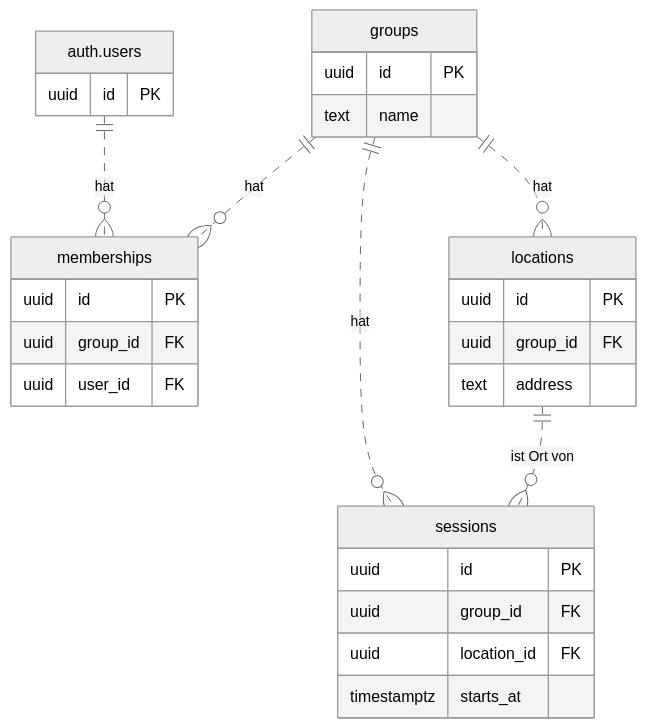
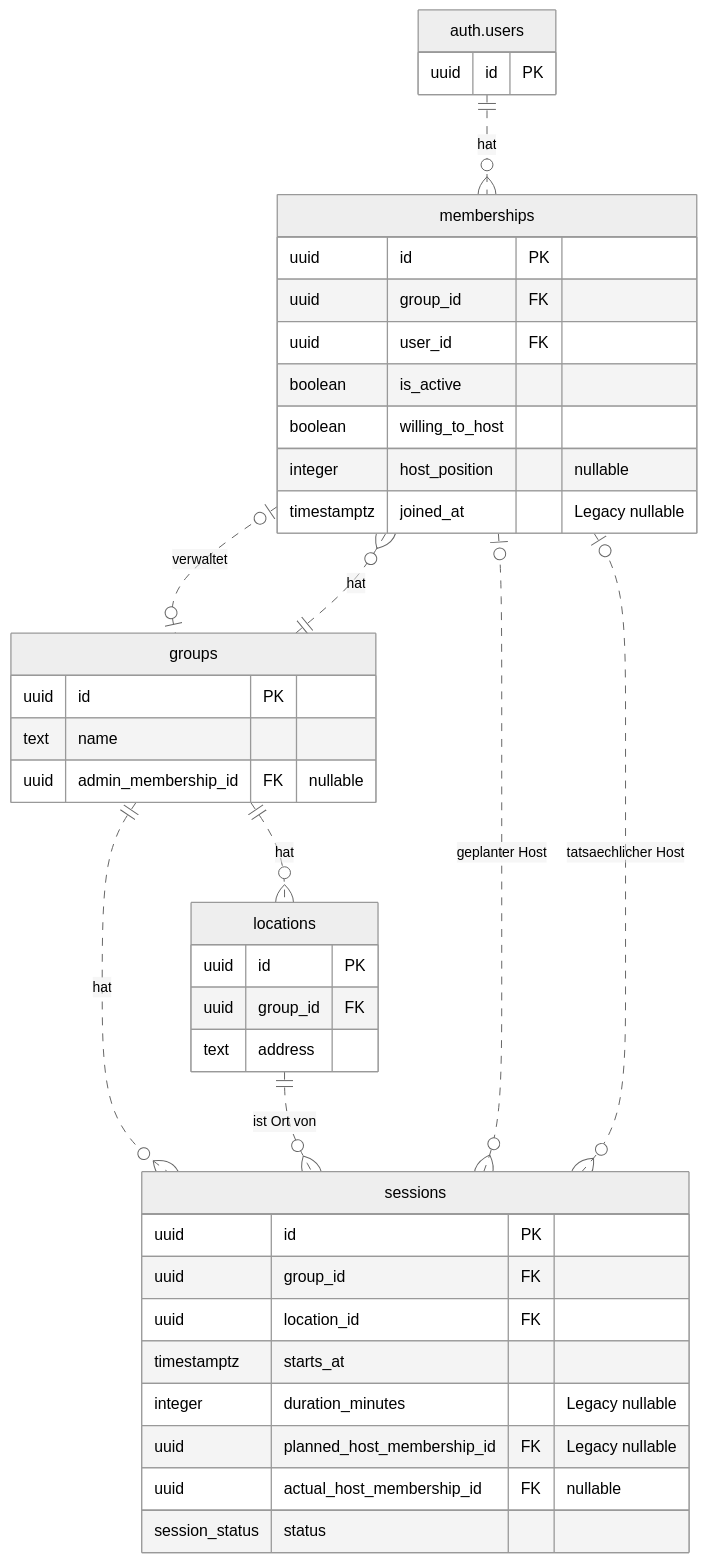
The diagram in docs/datenmodell.md (martianmaikel/DLBCSEMSE02_D_Board_Gamer), drawn with Mermaid (neutral theme) before and after one commit. The commit also changed other lines of this file and 17 other files, not shown here.

````diff
--- a/docs/datenmodell.md
+++ b/docs/datenmodell.md
@@ -10,36 +13,48 @@
 ```mermaid
 erDiagram
     "auth.users" ||..o{ memberships : hat
     groups ||..o{ memberships : hat
     groups ||..o{ locations : hat
     groups ||..o{ sessions : hat
     locations ||..o{ sessions : "ist Ort von"
+    memberships |o..o| groups : verwaltet
+    memberships |o..o{ sessions : "geplanter Host"
+    memberships |o..o{ sessions : "tatsaechlicher Host"
 
     "auth.users" {
         uuid id PK
     }
 
     groups {
         uuid id PK
         text name
+        uuid admin_membership_id FK "nullable"
     }
 
     memberships {
         uuid id PK
         uuid group_id FK
         uuid user_id FK
+        boolean is_active
+        boolean willing_to_host
+        integer host_position "nullable"
+        timestamptz joined_at "Legacy nullable"
     }
 
     locations {
         uuid id PK
         uuid group_id FK
         text address
     }
 
     sessions {
         uuid id PK
         uuid group_id FK
         uuid location_id FK
         timestamptz starts_at
+        integer duration_minutes "Legacy nullable"
+        uuid planned_host_membership_id FK "Legacy nullable"
+        uuid actual_host_membership_id FK "nullable"
+        session_status status
     }
 ```
````
